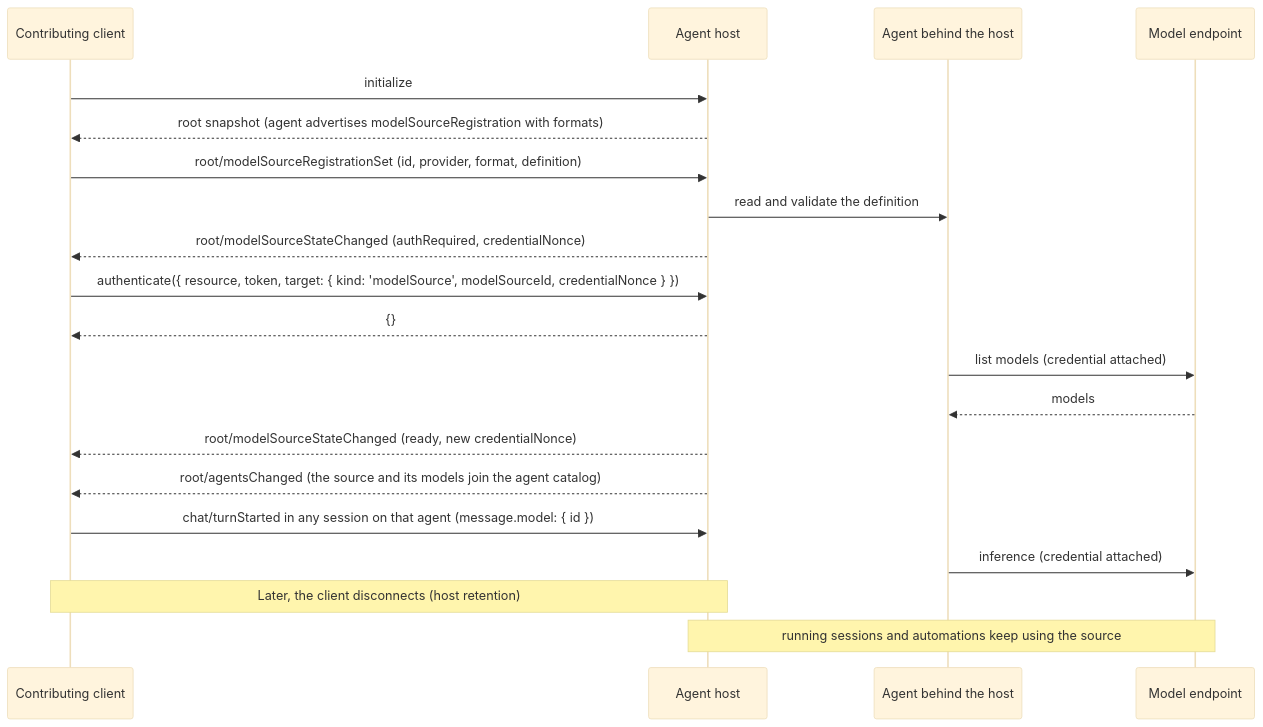
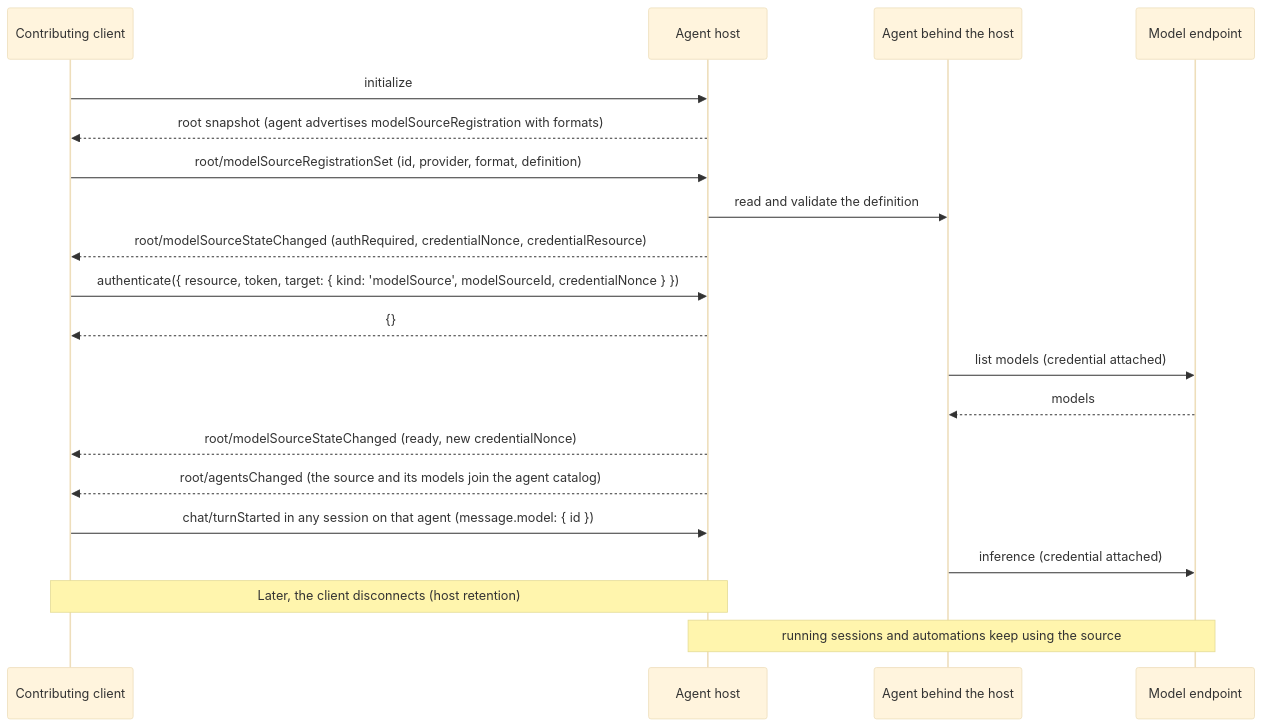
The second of 2 diagrams in docs/proposals/model-source-registry.md (microsoft/agent-host-protocol), drawn with Mermaid (base theme) before and after one commit. The commit also changed other lines of this file, not shown here.

First line of the commit message:
docs: fence stale agent results and keep the credential resource

````diff
--- a/docs/proposals/model-source-registry.md
+++ b/docs/proposals/model-source-registry.md
@@ -490,27 +503,27 @@
 ```mermaid
 sequenceDiagram
     participant C as Contributing client
     participant H as Agent host
     participant A as Agent behind the host
     participant E as Model endpoint
 
     C->>H: initialize
     H-->>C: root snapshot (agent advertises modelSourceRegistration with formats)
 
     C->>H: root/modelSourceRegistrationSet (id, provider, format, definition)
     H->>A: read and validate the definition
-    H-->>C: root/modelSourceStateChanged (authRequired, credentialNonce)
+    H-->>C: root/modelSourceStateChanged (authRequired, credentialNonce, credentialResource)
 
     C->>H: authenticate({ resource, token, target: { kind: 'modelSource', modelSourceId, credentialNonce } })
     H-->>C: {}
     A->>E: list models (credential attached)
     E-->>A: models
     H-->>C: root/modelSourceStateChanged (ready, new credentialNonce)
     H-->>C: root/agentsChanged (the source and its models join the agent catalog)
 
     C->>H: chat/turnStarted in any session on that agent (message.model: { id })
     A->>E: inference (credential attached)
 
     Note over C,H: Later, the client disconnects (host retention)
     Note over H,E: running sessions and automations keep using the source
 ```
````
